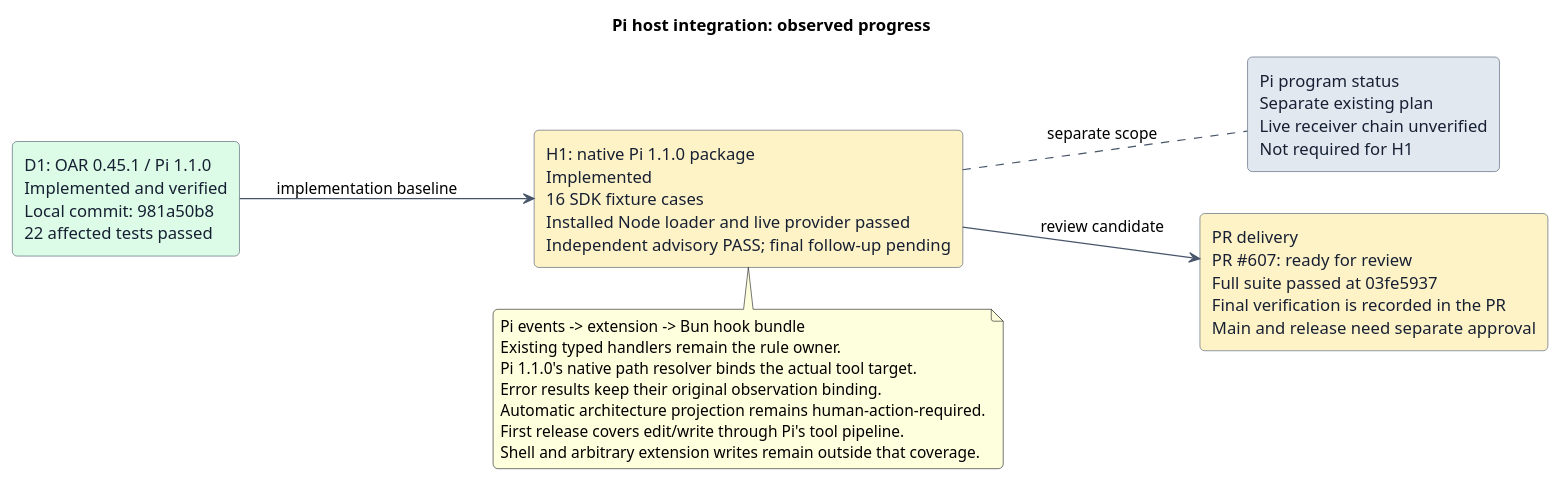
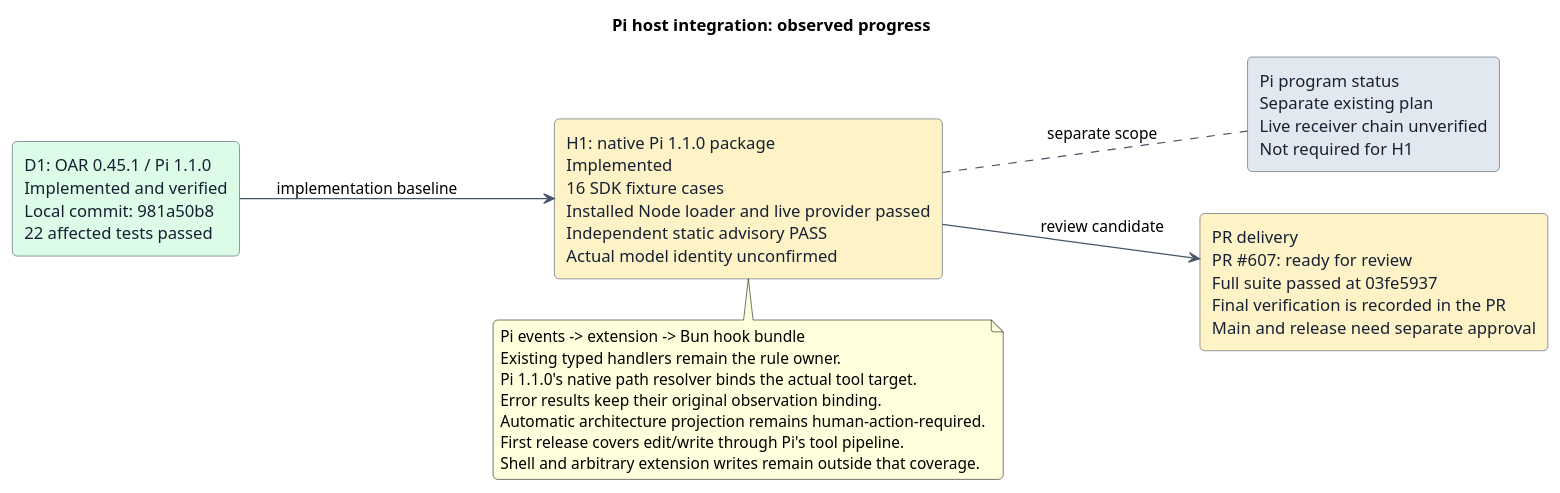
One commit to Ancienttwo/repo-harness changed the diagram in plans/plan-20261009-pi-host-integration.puml. Above: the diagram before and after it, drawn with PlantUML. The commit also changed 2 other files, not shown here.

```diff
--- a/plans/plan-20261009-pi-host-integration.puml
+++ b/plans/plan-20261009-pi-host-integration.puml
@@ -1,34 +1,34 @@
 @startuml
 ' Snapshot: 2026-10-09 Asia/Singapore
 ' Source base: 98c30ab6228b94f5e46c8cc3290de281eb0e4a99
 ' Dependency commit: 981a50b871f9b5238a7bca72d031e0927d397769
 skinparam shadowing false
 skinparam roundCorner 8
 skinparam defaultFontName SansSerif
 skinparam ArrowColor #475569
 skinparam rectangleBorderColor #475569
 skinparam rectangleFontColor #172033
 skinparam backgroundColor #FFFFFF
 left to right direction
 
 title Pi host integration: observed progress
 
 rectangle "D1: OAR 0.45.1 / Pi 1.1.0\nImplemented and verified\nLocal commit: 981a50b8\n22 affected tests passed" as deps #DCFCE7
-rectangle "H1: native Pi 1.1.0 package\nImplemented\n16 SDK fixture cases\nInstalled Node loader and live provider passed\nIndependent advisory PASS; final follow-up pending" as host #FEF3C7
+rectangle "H1: native Pi 1.1.0 package\nImplemented\n16 SDK fixture cases\nInstalled Node loader and live provider passed\nIndependent static advisory PASS\nActual model identity unconfirmed" as host #FEF3C7
 rectangle "Pi program status\nSeparate existing plan\nLive receiver chain unverified\nNot required for H1" as status #E2E8F0
 rectangle "PR delivery\nPR #607: ready for review\nFull suite passed at 03fe5937\nFinal verification is recorded in the PR\nMain and release need separate approval" as delivery #FEF3C7
 
 deps --> host : implementation baseline
 host --> delivery : review candidate
 host .. status : separate scope
 
 note bottom of host
   Pi events -> extension -> Bun hook bundle
   Existing typed handlers remain the rule owner.
   Pi 1.1.0's native path resolver binds the actual tool target.
   Error results keep their original observation binding.
   Automatic architecture projection remains human-action-required.
   First release covers edit/write through Pi's tool pipeline.
   Shell and arbitrary extension writes remain outside that coverage.
 end note
 @enduml
```
